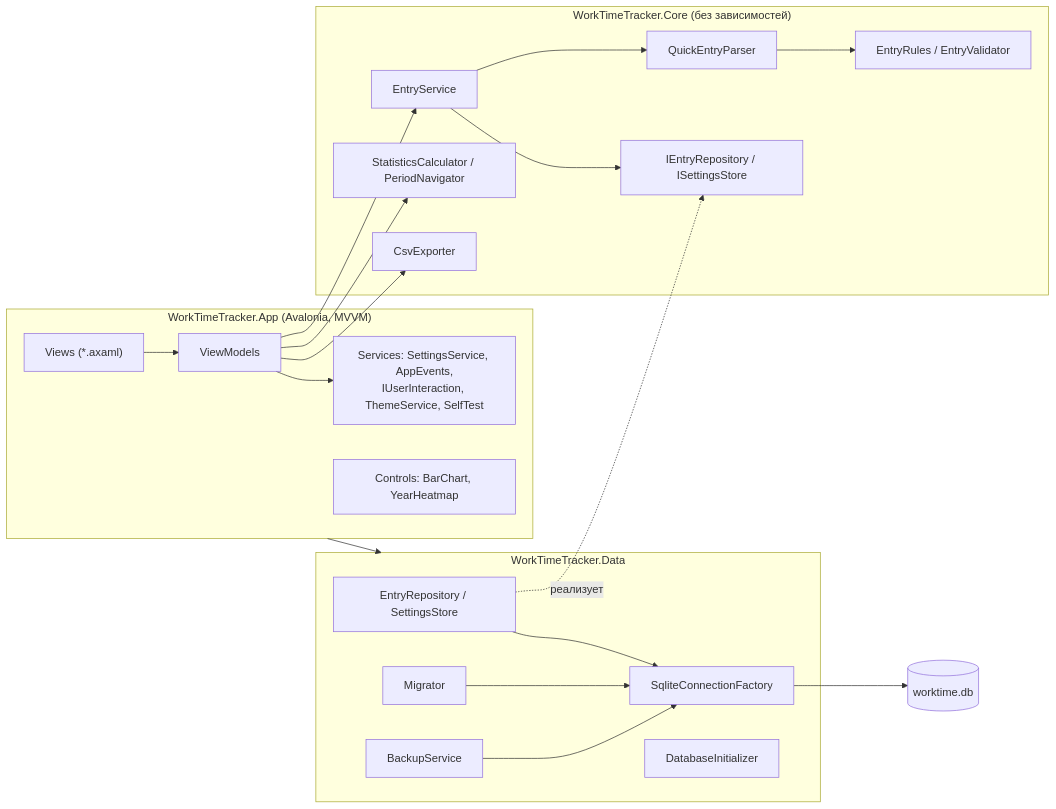
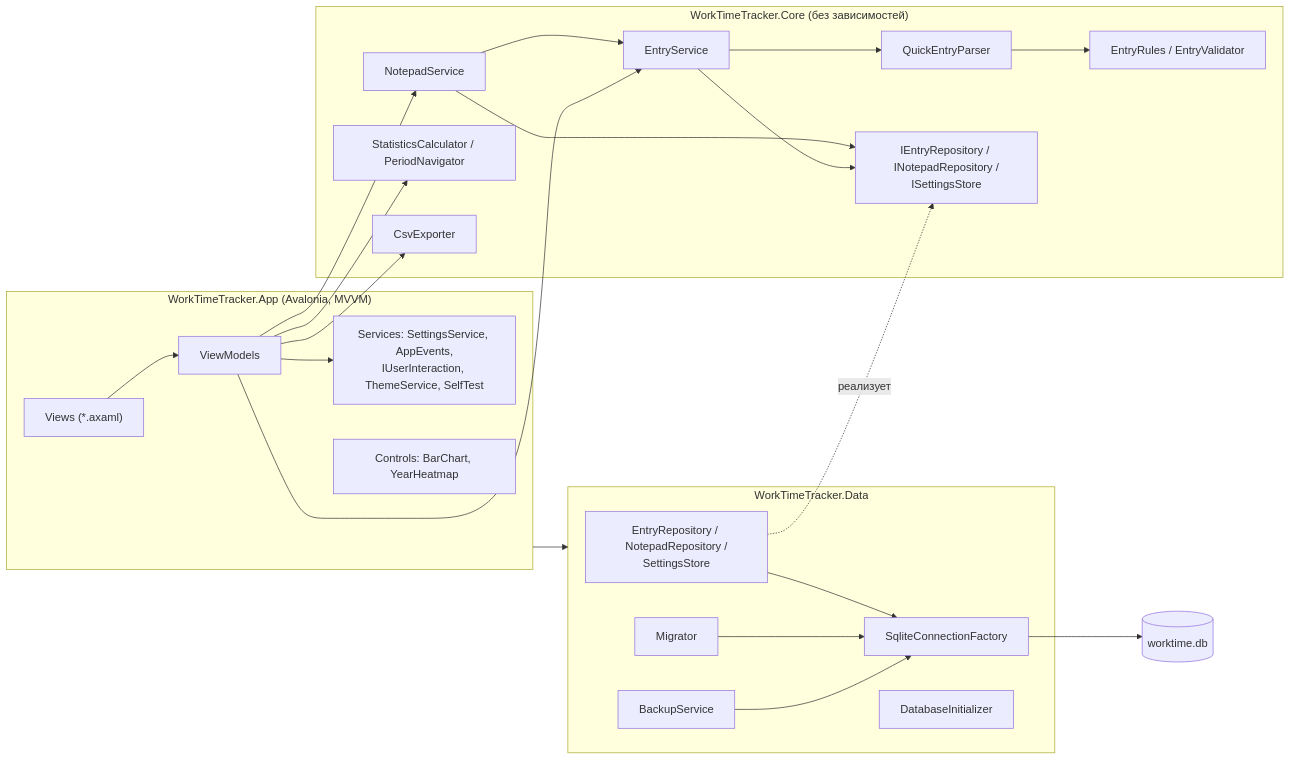
The first of 3 diagrams in docs/ARCHITECTURE.md (z1ec/RDN-time-tracker), drawn with Mermaid before and after one commit. The commit also changed other lines of this file and 11 other files, not shown here.

````diff
--- a/docs/ARCHITECTURE.md
+++ b/docs/ARCHITECTURE.md
@@ -7,28 +7,31 @@
 ```mermaid
 flowchart LR
     subgraph App["WorkTimeTracker.App (Avalonia, MVVM)"]
         Views["Views (*.axaml)"] --> VMs["ViewModels"]
         VMs --> UISvc["Services: SettingsService, AppEvents,<br/>IUserInteraction, ThemeService, SelfTest"]
         Controls["Controls: BarChart, YearHeatmap"]
     end
     subgraph Data["WorkTimeTracker.Data"]
-        Repo["EntryRepository / SettingsStore"] --> Factory["SqliteConnectionFactory"]
+        Repo["EntryRepository / NotepadRepository /<br/>SettingsStore"] --> Factory["SqliteConnectionFactory"]
         Migrator --> Factory
         Backup["BackupService"] --> Factory
         Init["DatabaseInitializer"]
     end
     subgraph Core["WorkTimeTracker.Core (без зависимостей)"]
         Parser["QuickEntryParser"] --> Rules["EntryRules / EntryValidator"]
         Service["EntryService"] --> Parser
+        Notepad["NotepadService"] --> Service
         Stats["StatisticsCalculator / PeriodNavigator"]
         Csv["CsvExporter"]
-        Abstr["IEntryRepository / ISettingsStore"]
+        Abstr["IEntryRepository / INotepadRepository /<br/>ISettingsStore"]
     end
     VMs --> Service
+    VMs --> Notepad
+    Notepad --> Abstr
     VMs --> Stats
     VMs --> Csv
     Service --> Abstr
     Repo -. реализует .-> Abstr
     App --> Data
     Factory --> SQLite[("worktime.db")]
 ```
````
